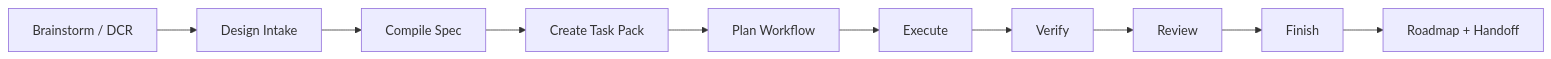
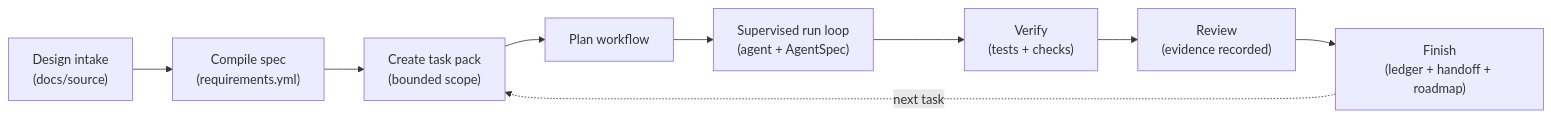
The diagram in README.md (yimwoo/agent-spec), drawn with Mermaid before and after one commit. The commit also changed other lines of this file and 3 other files, not shown here.

````diff
--- a/README.md
+++ b/README.md
@@ -215,12 +180,11 @@
 ```mermaid
 flowchart LR
-  A["Brainstorm / DCR"] --> B["Design Intake"]
-  B --> C["Compile Spec"]
-  C --> D["Create Task Pack"]
-  D --> E["Plan Workflow"]
-  E --> F["Execute"]
-  F --> G["Verify"]
-  G --> H["Review"]
-  H --> I["Finish"]
-  I --> J["Roadmap + Handoff"]
+  A["Design intake<br/>(docs/source)"] --> B["Compile spec<br/>(requirements.yml)"]
+  B --> C["Create task pack<br/>(bounded scope)"]
+  C --> D["Plan workflow"]
+  D --> E["Supervised run loop<br/>(agent + AgentSpec)"]
+  E --> F["Verify<br/>(tests + checks)"]
+  F --> G["Review<br/>(evidence recorded)"]
+  G --> H["Finish<br/>(ledger + handoff + roadmap)"]
+  H -.->|next task| C
 ```
````
